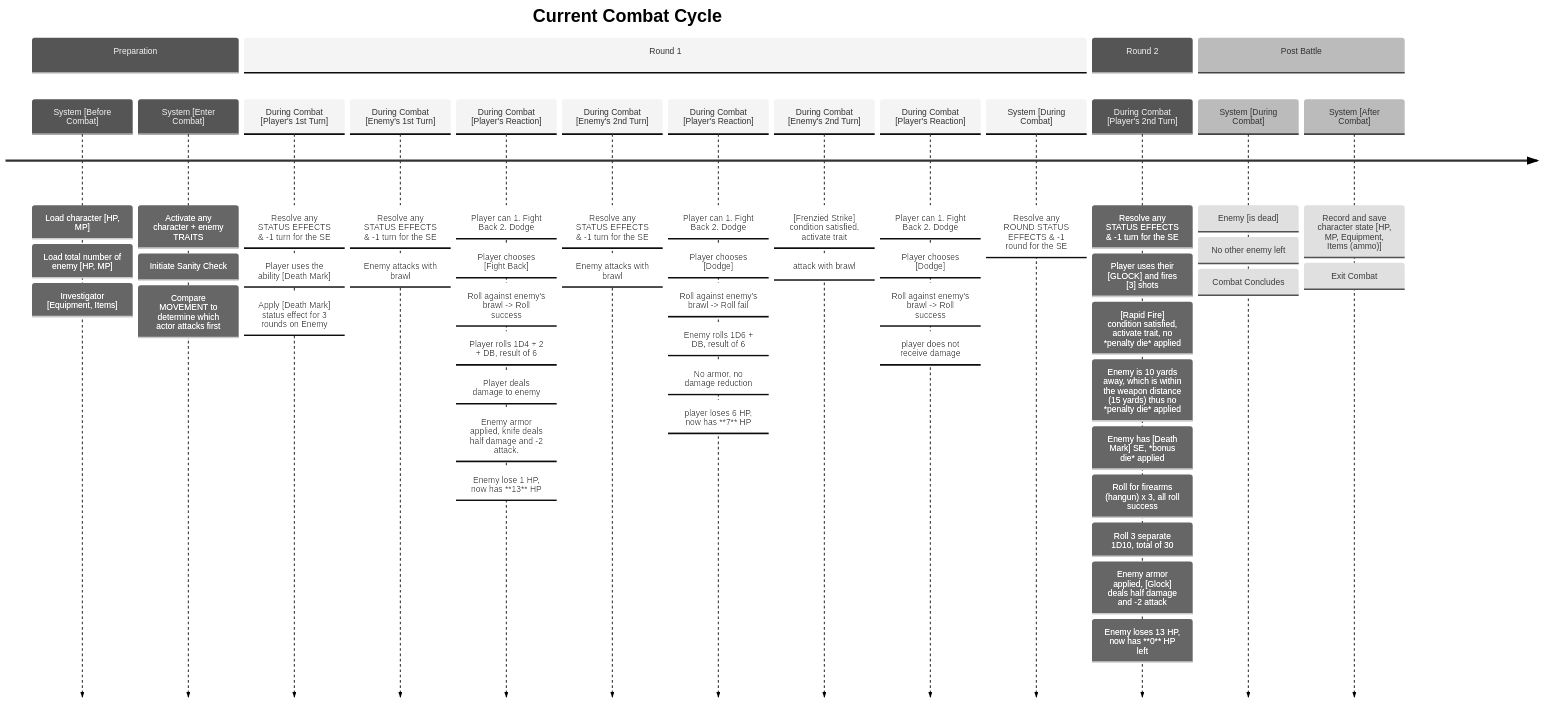
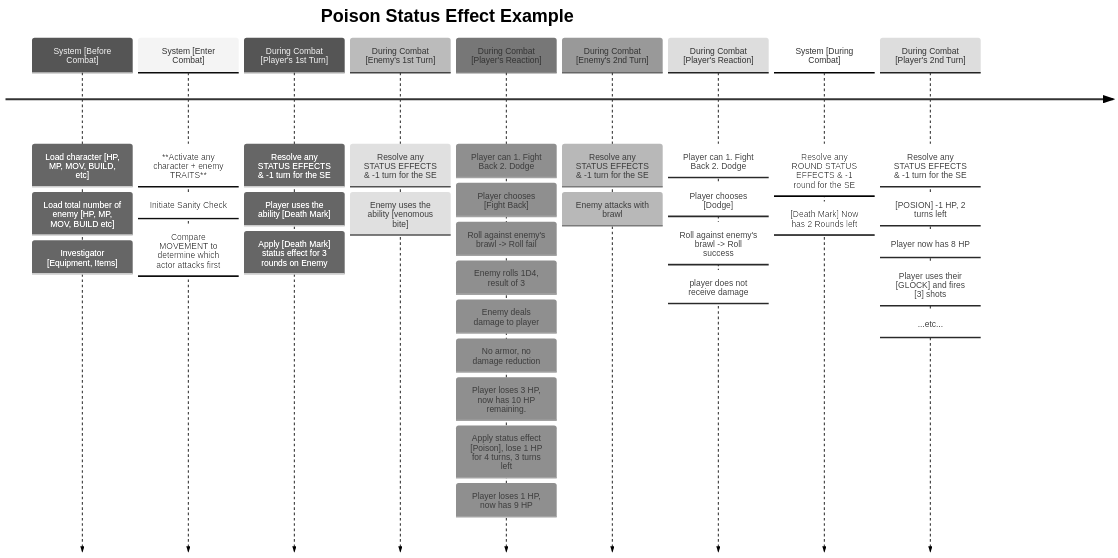
One commit to rolling-sagas/rs-doc changed the third of 3 diagrams in data_structure/README.md. Above: the diagram before and after it, drawn with Mermaid (neutral theme). The commit also changed other lines of this file and 1 other file, not shown here.

Commit message:
added explanation, description, and expanded on the meaning and purpose of the graph

````diff
--- a/data_structure/README.md
+++ b/data_structure/README.md
@@ -107,69 +134,47 @@
 ```mermaid
     timeline
-    title Current Combat Cycle
+    title Poison Status Effect Example
 
-    section Preparation
     System [Before Combat]
-                                        : Load character [HP, MP]
-                                        : Load total number of enemy [HP, MP]
+                                        : Load character [HP, MP, MOV, BUILD, etc]
+                                        : Load total number of enemy [HP, MP, MOV, BUILD etc]
                                         : Investigator [Equipment, Items]
     System [Enter Combat]
-                                        : Activate any character + enemy TRAITS
+                                        : **Activate any character + enemy TRAITS**
                                         : Initiate Sanity Check
                                         : Compare MOVEMENT to determine which actor attacks first
-    section Round 1
     During Combat [Player's 1st Turn]
                                         : Resolve any STATUS EFFECTS & -1 turn for the SE
                                         : Player uses the ability [Death Mark]
                                         : Apply [Death Mark] status effect for 3 rounds on Enemy
     During Combat [Enemy's 1st Turn]
                                         : Resolve any STATUS EFFECTS & -1 turn for the SE
-                                        : Enemy attacks with brawl
+                                        : Enemy uses the ability [venomous bite]
     During Combat [Player's Reaction]
                                         : Player can 1. Fight Back 2. Dodge
                                         : Player chooses [Fight Back]
-                                        : Roll against enemy's brawl -> Roll success
-                                        : Player rolls 1D4 + 2 + DB, result of 6
-                                        : Player deals damage to enemy
-                                        : Enemy armor applied, knife deals half damage and -2 attack.
-                                        : Enemy lose 1 HP, now has **13** HP
+                                        : Roll against enemy's brawl -> Roll fail
+                                        : Enemy rolls 1D4, result of 3
+                                        : Enemy deals damage to player
+                                        : No armor, no damage reduction
+                                        : Player loses 3 HP, now has 10 HP remaining.
+                                        : Apply status effect [Poison], lose 1 HP for 4 turns, 3 turns left
+                                        : Player loses 1 HP, now has 9 HP
     During Combat [Enemy's 2nd Turn]
                                         : Resolve any STATUS EFFECTS & -1 turn for the SE
                                         : Enemy attacks with brawl
-    During Combat [Player's Reaction]
-                                        : Player can 1. Fight Back 2. Dodge
-                                        : Player chooses [Dodge]
-                                        : Roll against enemy's brawl -> Roll fail
-                                        : Enemy rolls 1D6 + DB, result of 6
-                                        : No armor, no damage reduction
-                                        : player loses 6 HP, now has **7** HP 
-    During Combat [Enemy's 2nd Turn]
-                                        : [Frenzied Strike] condition satisfied, activate trait
-                                        : attack with brawl
     During Combat [Player's Reaction]
                                         : Player can 1. Fight Back 2. Dodge
                                         : Player chooses [Dodge]
                                         : Roll against enemy's brawl -> Roll success
                                         : player does not receive damage
     System [During Combat]
                                         : Resolve any ROUND STATUS EFFECTS & -1 round for the SE
-    section Round 2
+                                        : [Death Mark] Now has 2 Rounds left
     During Combat [Player's 2nd Turn]
                                         : Resolve any STATUS EFFECTS & -1 turn for the SE
+                                        : [POSION] -1 HP, 2 turns left
+                                        : Player now has 8 HP
                                         : Player uses their [GLOCK] and fires [3] shots
-                                        : [Rapid Fire] condition satisfied, activate trait, no *penalty die* applied
-                                        : Enemy is 10 yards away, which is within the weapon distance (15 yards) thus no *penalty die* applied
-                                        : Enemy has [Death Mark] SE, *bonus die* applied
-                                        : Roll for firearms (hangun) x 3, all roll success
-                                        : Roll 3 separate 1D10, total of 30
-                                        : Enemy armor applied, [Glock] deals half damage and -2 attack
-                                        : Enemy loses 13 HP, now has **0** HP left
-    section Post Battle
-    System [During Combat]
-                                        : Enemy [is dead]
-                                        : No other enemy left
-                                        : Combat Concludes
-    System [After Combat]
-                                        : Record and save character state [HP, MP, Equipment, Items (ammo)]
-                                        : Exit Combat
+                                        : ...etc...
 ```
````
